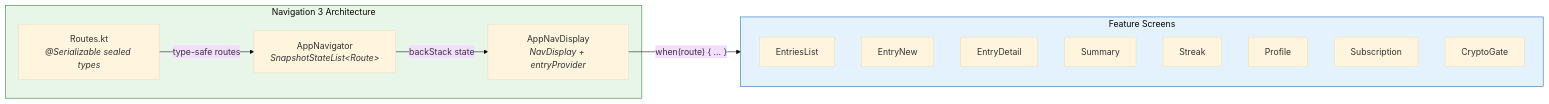
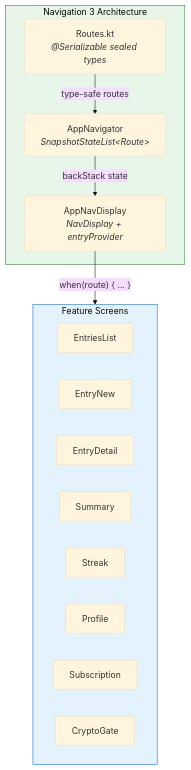
One commit to jaimelxpez/portfolio changed the fifth of 13 diagrams in content/projects/daymood.md. Above: the diagram before and after it, drawn with Mermaid (base theme). The commit also changed other lines of this file and 64 other files, not shown here.

````diff
--- a/content/projects/daymood.md
+++ b/content/projects/daymood.md
@@ -476,26 +403,25 @@
 ```mermaid
-graph LR
+graph TD
     subgraph Nav3["Navigation 3 Architecture"]
+        R["Routes.kt<br/><i>@Serializable sealed types</i>"]
         AN["AppNavigator<br/><i>SnapshotStateList&lt;Route&gt;</i>"]
         AND["AppNavDisplay<br/><i>NavDisplay + entryProvider</i>"]
-        R["Routes.kt<br/><i>@Serializable sealed types</i>"]
+        R -->|"type-safe routes"| AN -->|"backStack state"| AND
     end
 
-    AN -->|"backStack state"| AND
-    R -->|"type-safe routes"| AN
     AND -->|"when(route) { ... }"| Screens
 
     subgraph Screens["Feature Screens"]
         S1["EntriesList"]
         S2["EntryNew"]
         S3["EntryDetail"]
         S4["Summary"]
         S5["Streak"]
         S6["Profile"]
         S7["Subscription"]
         S8["CryptoGate"]
     end
 
     style Nav3 fill:#E8F5E9,stroke:#2E7D32
     style Screens fill:#E3F2FD,stroke:#1565C0
 ```
````
